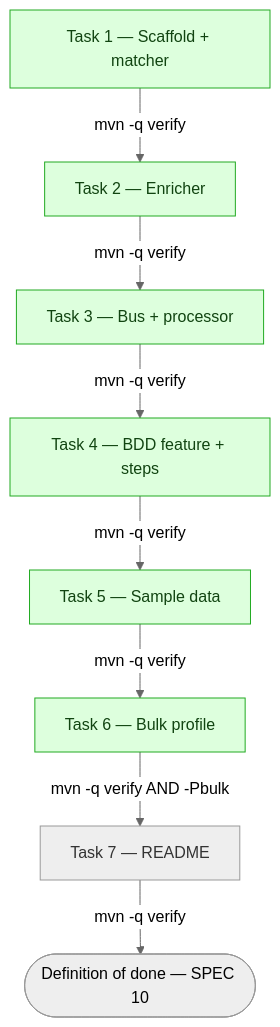
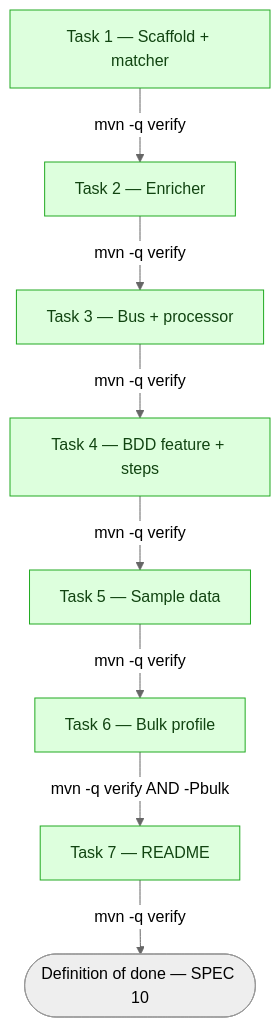
The ninth of 10 diagrams in docs/ARCHITECTURE.md (Cozentus-Technologies/DSV-test-assignement), drawn with Mermaid (neutral theme) before and after one commit. The commit also changed other lines of this file and 6 other files, not shown here.

````diff
--- a/docs/ARCHITECTURE.md
+++ b/docs/ARCHITECTURE.md
@@ -362,23 +362,22 @@
 ```mermaid
 flowchart TD
     T1["Task 1 — Scaffold + matcher"]
     T2["Task 2 — Enricher"]
     T3["Task 3 — Bus + processor"]
     T4["Task 4 — BDD feature + steps"]
     T5["Task 5 — Sample data"]
     T6["Task 6 — Bulk profile"]
     T7["Task 7 — README"]
 
     T1 -->|"mvn -q verify"| T2
     T2 -->|"mvn -q verify"| T3
     T3 -->|"mvn -q verify"| T4
     T4 -->|"mvn -q verify"| T5
     T5 -->|"mvn -q verify"| T6
     T6 -->|"mvn -q verify AND -Pbulk"| T7
     T7 -->|"mvn -q verify"| DONE(["Definition of done — SPEC 10"])
 
     classDef done fill:#dfd,stroke:#2a2,color:#141;
     classDef pending fill:#eee,stroke:#999,color:#333;
-    class T1,T2,T3,T4,T5,T6 done
-    class T7 pending
+    class T1,T2,T3,T4,T5,T6,T7 done
 ```
````
